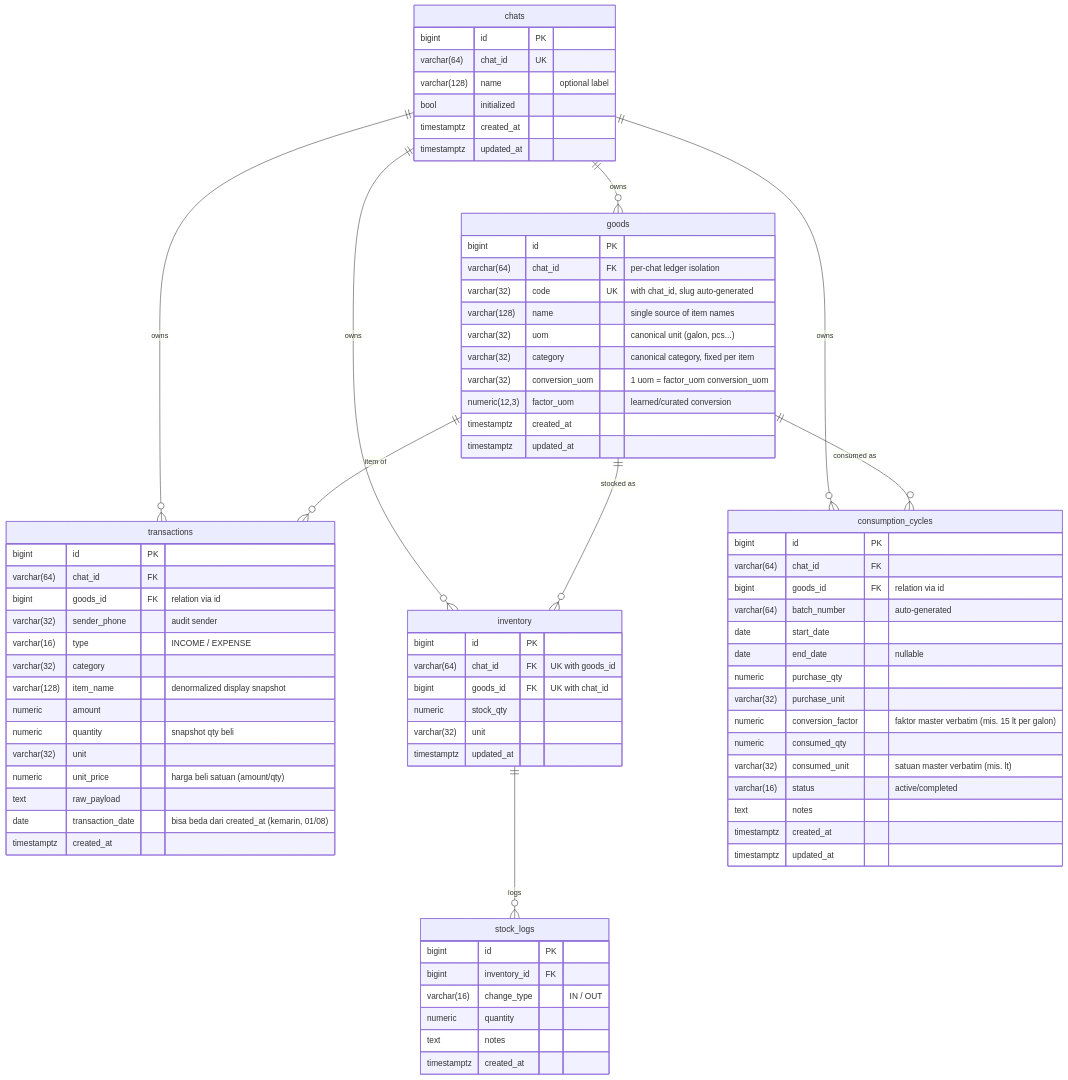
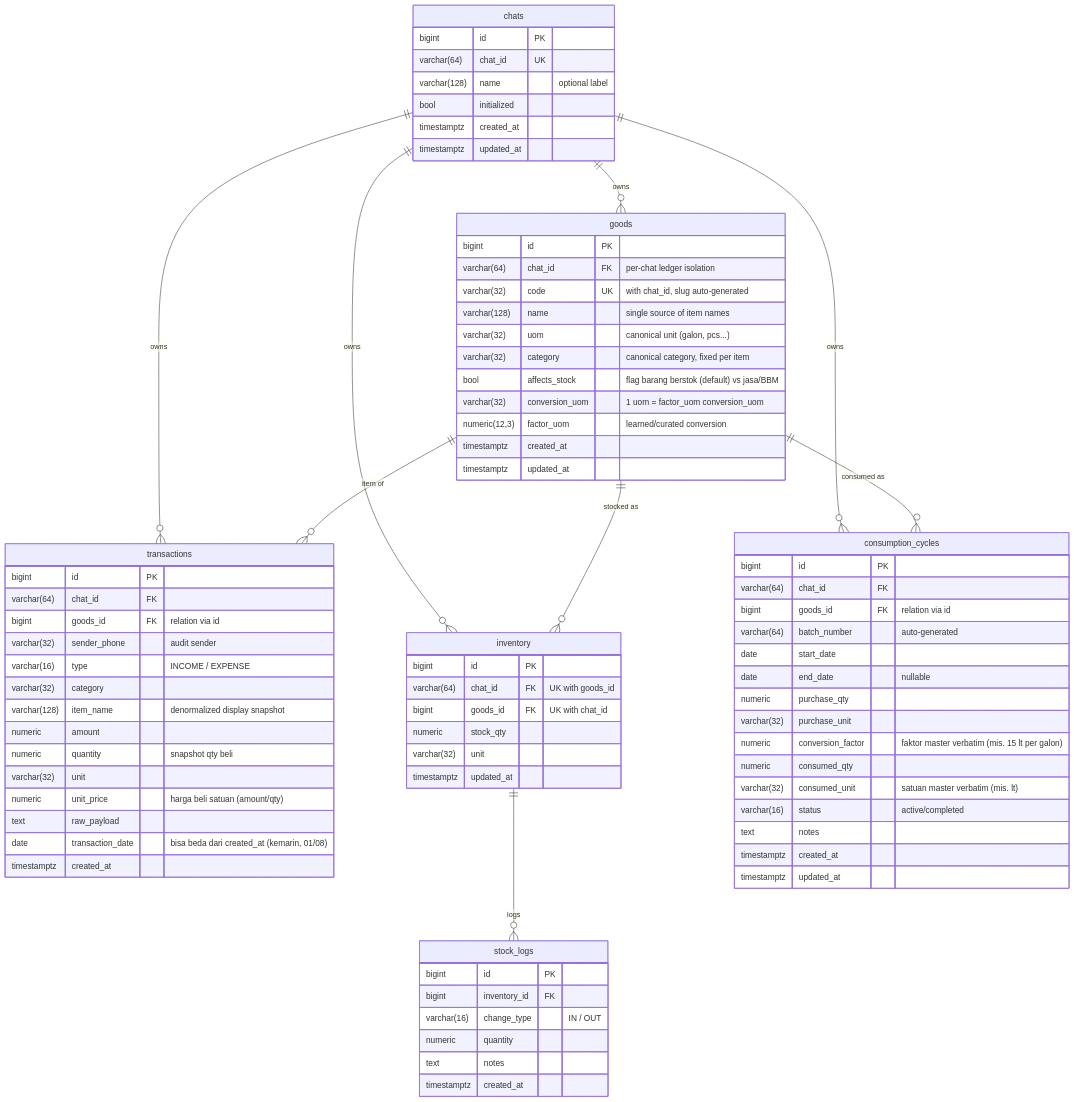
One commit to skyapps-id/smart-ledger-agent changed the fourth of 4 diagrams in README.md. Above: the diagram before and after it, drawn with Mermaid. The commit also changed other lines of this file and 8 other files, not shown here.

First line of the commit message:
Move affects_stock decision to goods master flag

````diff
--- a/README.md
+++ b/README.md
@@ -329,81 +329,82 @@
 ```mermaid
 erDiagram
     chats ||--o{ goods : owns
     chats ||--o{ transactions : owns
     chats ||--o{ inventory : owns
     chats ||--o{ consumption_cycles : owns
     goods ||--o{ transactions : "item of"
     goods ||--o{ inventory : "stocked as"
     goods ||--o{ consumption_cycles : "consumed as"
     inventory ||--o{ stock_logs : logs
 
     chats {
         bigint id PK
         varchar(64) chat_id UK
         varchar(128) name "optional label"
         bool initialized
         timestamptz created_at
         timestamptz updated_at
     }
     goods {
         bigint id PK
         varchar(64) chat_id FK "per-chat ledger isolation"
         varchar(32) code UK "with chat_id, slug auto-generated"
         varchar(128) name "single source of item names"
         varchar(32) uom "canonical unit (galon, pcs...)"
         varchar(32) category "canonical category, fixed per item"
+        bool affects_stock "flag barang berstok (default) vs jasa/BBM"
         varchar(32) conversion_uom "1 uom = factor_uom conversion_uom"
         numeric(12,3) factor_uom "learned/curated conversion"
         timestamptz created_at
         timestamptz updated_at
     }
     transactions {
         bigint id PK
         varchar(64) chat_id FK
         bigint goods_id FK "relation via id"
         varchar(32) sender_phone "audit sender"
         varchar(16) type "INCOME / EXPENSE"
         varchar(32) category
         varchar(128) item_name "denormalized display snapshot"
         numeric amount
         numeric quantity "snapshot qty beli"
         varchar(32) unit
         numeric unit_price "harga beli satuan (amount/qty)"
         text raw_payload
         date transaction_date "bisa beda dari created_at (kemarin, 01/08)"
         timestamptz created_at
     }
     inventory {
         bigint id PK
         varchar(64) chat_id FK "UK with goods_id"
         bigint goods_id FK "UK with chat_id"
         numeric stock_qty
         varchar(32) unit
         timestamptz updated_at
     }
     stock_logs {
         bigint id PK
         bigint inventory_id FK
         varchar(16) change_type "IN / OUT"
         numeric quantity
         text notes
         timestamptz created_at
     }
     consumption_cycles {
         bigint id PK
         varchar(64) chat_id FK
         bigint goods_id FK "relation via id"
         varchar(64) batch_number "auto-generated"
         date start_date
         date end_date "nullable"
         numeric purchase_qty
         varchar(32) purchase_unit
         numeric conversion_factor "faktor master verbatim (mis. 15 lt per galon)"
         numeric consumed_qty
         varchar(32) consumed_unit "satuan master verbatim (mis. lt)"
         varchar(16) status "active/completed"
         text notes
         timestamptz created_at
         timestamptz updated_at
     }
 ```
````
